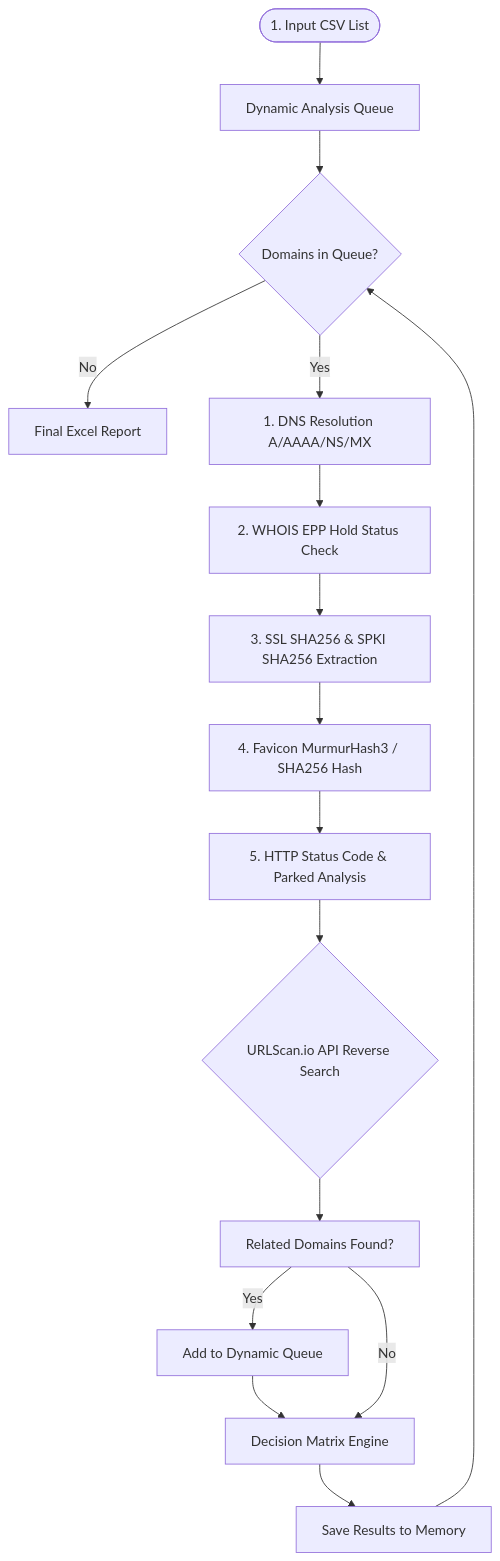
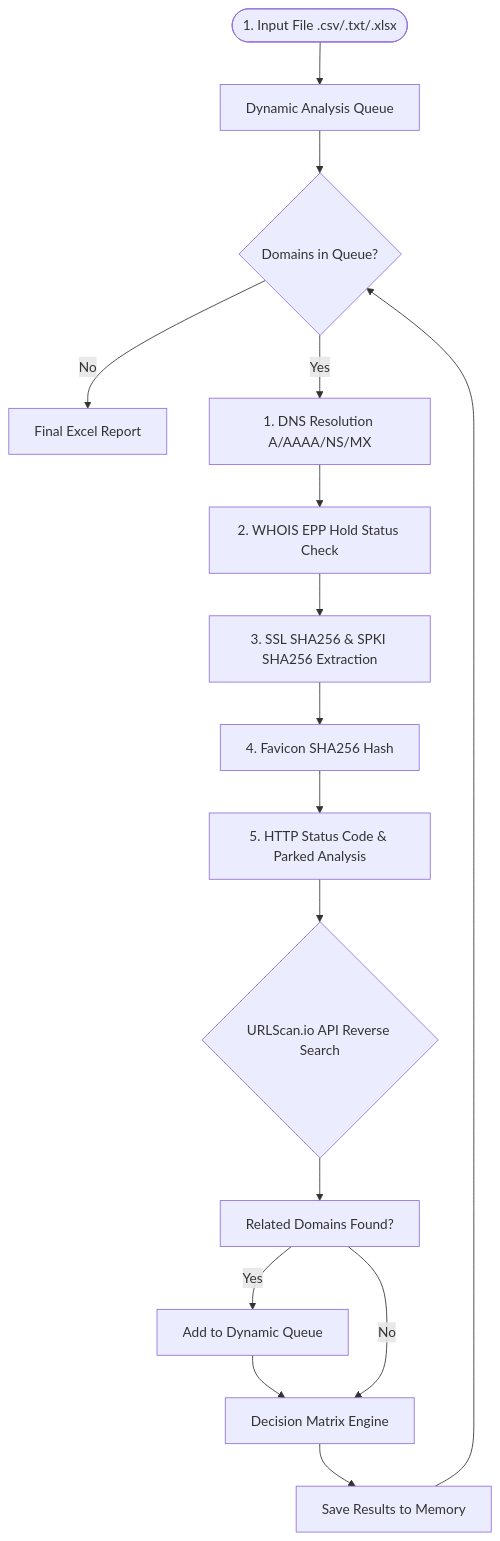
The diagram in README.md (isa-murat/domain_is_active), drawn with Mermaid before and after one commit. The commit also changed other lines of this file and 4 other files, not shown here.

````diff
--- a/README.md
+++ b/README.md
@@ -28,21 +30,21 @@
 ```mermaid
 graph TD
-    Start([1. Input CSV List]) --> Queue[Dynamic Analysis Queue]
+    Start([1. Input File .csv/.txt/.xlsx]) --> Queue[Dynamic Analysis Queue]
     Queue --> Pop{Domains in Queue?}
     Pop -- No --> Excel[Final Excel Report]
     
     Pop -- Yes --> DNS[1. DNS Resolution A/AAAA/NS/MX]
     DNS --> WHOIS[2. WHOIS EPP Hold Status Check]
     WHOIS --> SSL[3. SSL SHA256 & SPKI SHA256 Extraction]
-    SSL --> Favicon[4. Favicon MurmurHash3 / SHA256 Hash]
+    SSL --> Favicon[4. Favicon SHA256 Hash]
     Favicon --> HTTP[5. HTTP Status Code & Parked Analysis]
     
     HTTP --> Hunter{URLScan.io API Reverse Search}
     Hunter --> Related[Related Domains Found?]
     Related -- Yes --> AddQueue[Add to Dynamic Queue]
     AddQueue --> DecisionEngine[Decision Matrix Engine]
     Related -- No --> DecisionEngine
     
     DecisionEngine --> Save[Save Results to Memory]
     Save --> Pop
 ```
````
